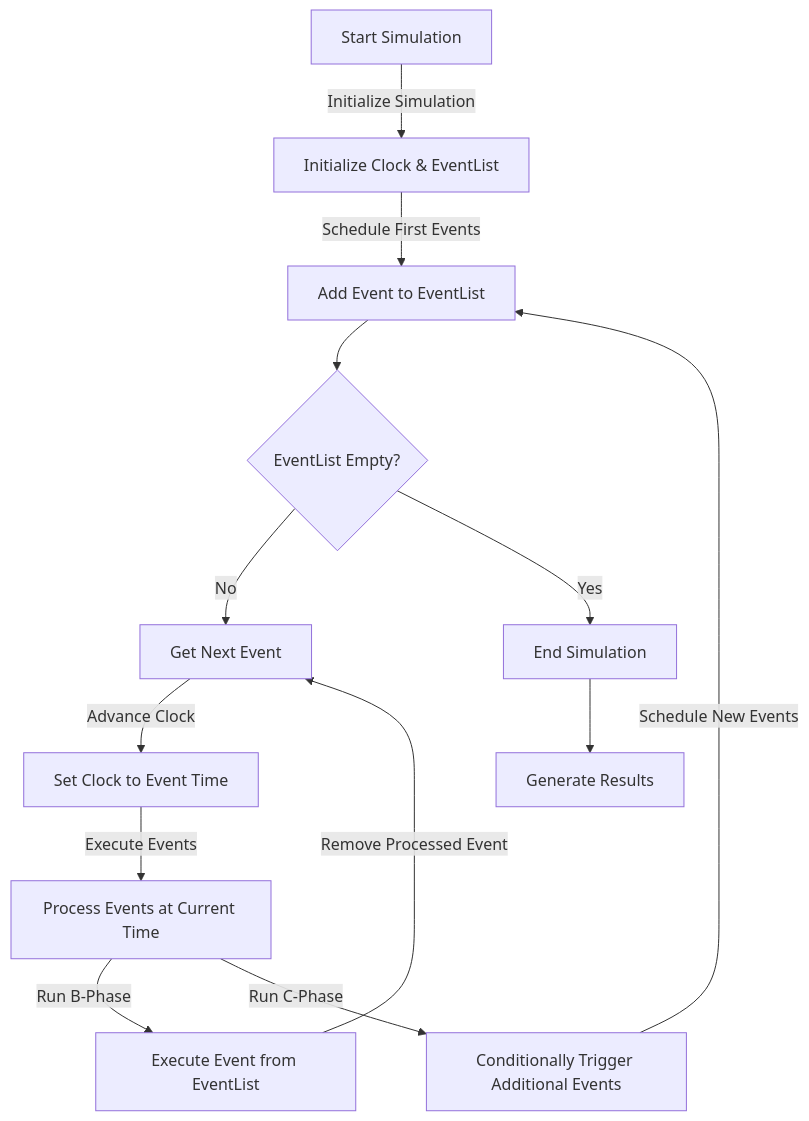
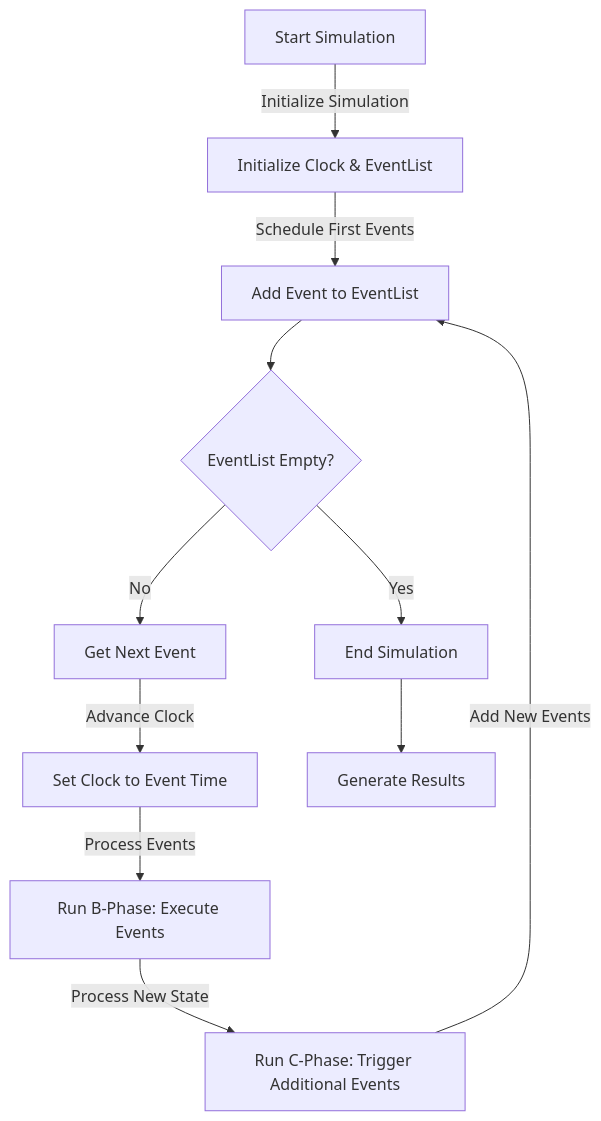
The diagram in docs/logic_diagram.md (RunzhouZHu/Java-Project-Gas-Station-Simulator), drawn with Mermaid before and after one commit.

Commit message:
update logic diagram

````diff
--- a/docs/logic_diagram.md
+++ b/docs/logic_diagram.md
@@ -1,16 +1,15 @@
 ```mermaid
 graph TD
     A[Start Simulation] -->|Initialize Simulation| B[Initialize Clock & EventList]
     B -->|Schedule First Events| C[Add Event to EventList]
     C --> D{EventList Empty?}
     D -->|No| E[Get Next Event]
     E -->|Advance Clock| F[Set Clock to Event Time]
-    F -->|Execute Events| G[Process Events at Current Time]
-    G -->|Run B-Phase| H[Execute Event from EventList]
-    G -->|Run C-Phase| I[Conditionally Trigger Additional Events]
-    H -->|Remove Processed Event| E
-    I -->|Schedule New Events| C
-    D -->|Yes| J[End Simulation]
-    J --> K[Generate Results]
+    F -->|Process Events| G[Run B-Phase: Execute Events]
+    G -->|Process New State| H[Run C-Phase: Trigger Additional Events]
+    H -->|Add New Events| C
+    D -->|Yes| I[End Simulation]
+    I --> J[Generate Results]
+
 
 ```
````
